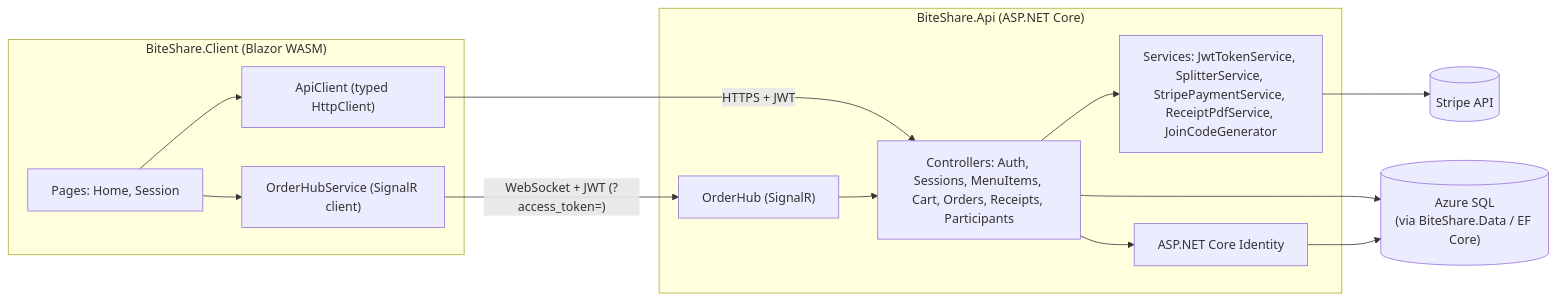
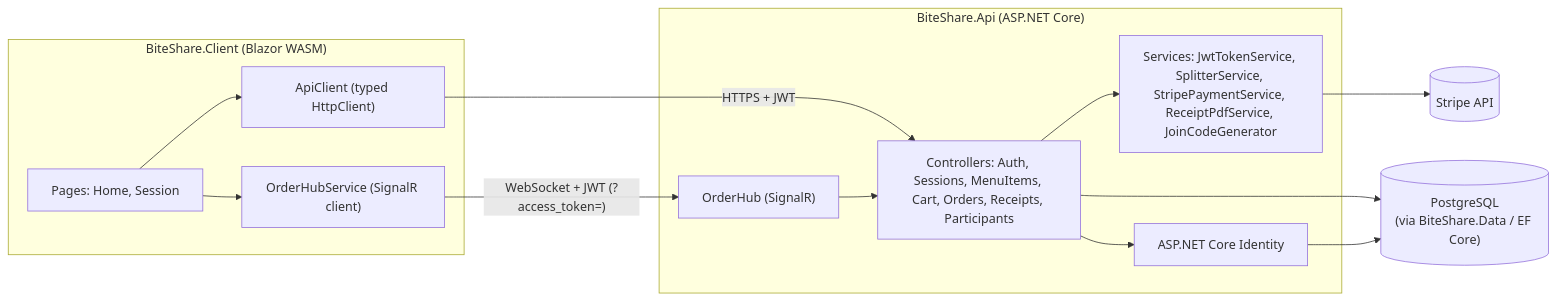
The diagram in docs/ARCHITECTURE.md (JosephGyimah/Programming_II_308_Project_BiteShare), drawn with Mermaid before and after one commit. The commit also changed 5 other files, not shown here.

````diff
--- a/docs/ARCHITECTURE.md
+++ b/docs/ARCHITECTURE.md
@@ -5,29 +5,29 @@
 ```mermaid
 flowchart LR
     subgraph Client["BiteShare.Client (Blazor WASM)"]
         Pages["Pages: Home, Session"]
         ApiClient["ApiClient (typed HttpClient)"]
         HubService["OrderHubService (SignalR client)"]
     end
 
     subgraph Api["BiteShare.Api (ASP.NET Core)"]
         Controllers["Controllers: Auth, Sessions, MenuItems, Cart, Orders, Receipts, Participants"]
         Hub["OrderHub (SignalR)"]
         Services["Services: JwtTokenService, SplitterService, StripePaymentService, ReceiptPdfService, JoinCodeGenerator"]
         Identity["ASP.NET Core Identity"]
     end
 
-    DB[("Azure SQL\n(via BiteShare.Data / EF Core)")]
+    DB[("PostgreSQL\n(via BiteShare.Data / EF Core)")]
     Stripe[("Stripe API")]
 
     Pages --> ApiClient
     Pages --> HubService
     ApiClient -- "HTTPS + JWT" --> Controllers
     HubService -- "WebSocket + JWT (?access_token=)" --> Hub
     Controllers --> Services
     Controllers --> Identity
     Controllers --> DB
     Hub --> Controllers
     Services --> Stripe
     Identity --> DB
 ```
````
